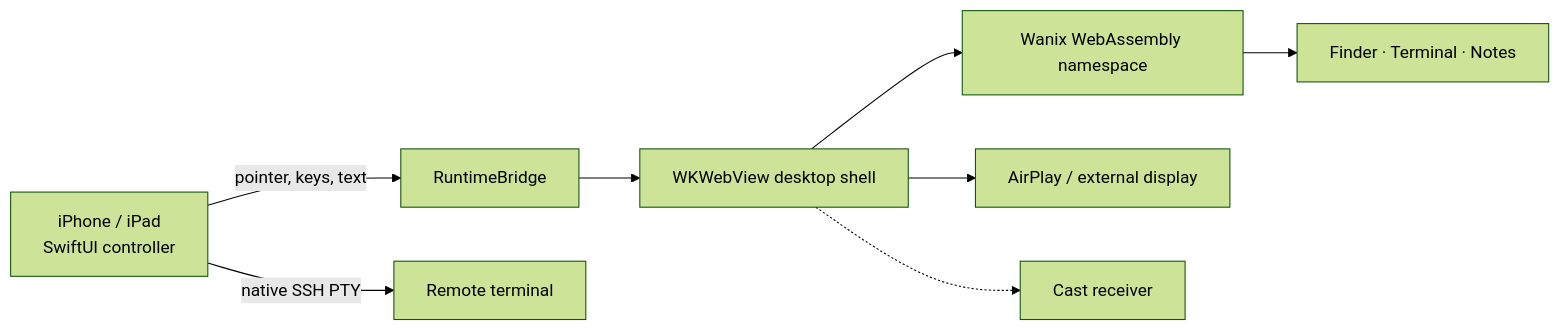
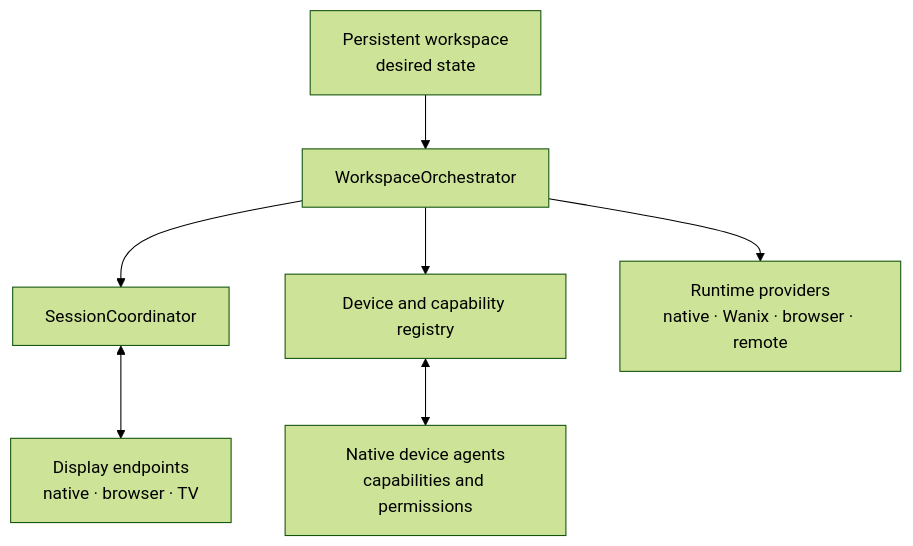
The diagram in README.md (amharik/AirDesk), drawn with Mermaid (forest theme) before and after one commit. The commit also changed other lines of this file and 41 other files, not shown here.

Commit message:
docs: adopt workspace-centric architecture blueprint

````diff
--- a/README.md
+++ b/README.md
@@ -130,10 +140,17 @@
 ```mermaid
-flowchart LR
-  Phone["iPhone / iPad<br/>SwiftUI controller"] -->|"pointer, keys, text"| Bridge["RuntimeBridge"]
-  Bridge --> Shell["WKWebView desktop shell"]
-  Shell --> Wanix["Wanix WebAssembly namespace"]
-  Wanix --> Apps["Finder · Terminal · Notes"]
-  Shell --> Display["AirPlay / external display"]
-  Shell -.-> Cast["Cast receiver"]
-  Phone -->|"native SSH PTY"| Remote["Remote terminal"]
+flowchart TB
+  Workspace["Persistent workspace<br/>desired state"]
+  Orchestrator["WorkspaceOrchestrator"]
+  Session["SessionCoordinator"]
+  Registry["Device and capability registry"]
+  Runtime["Runtime providers<br/>native · Wanix · browser · remote"]
+  Agents["Native device agents<br/>capabilities and permissions"]
+  Displays["Display endpoints<br/>native · browser · TV"]
+
+  Workspace --> Orchestrator
+  Orchestrator --> Session
+  Orchestrator --> Registry
+  Orchestrator --> Runtime
+  Registry <--> Agents
+  Session <--> Displays
 ```
````
